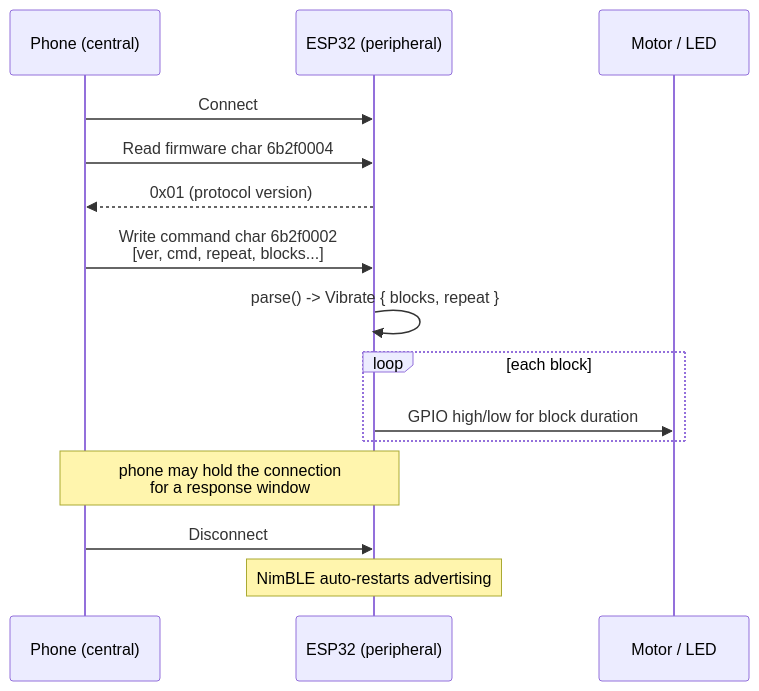
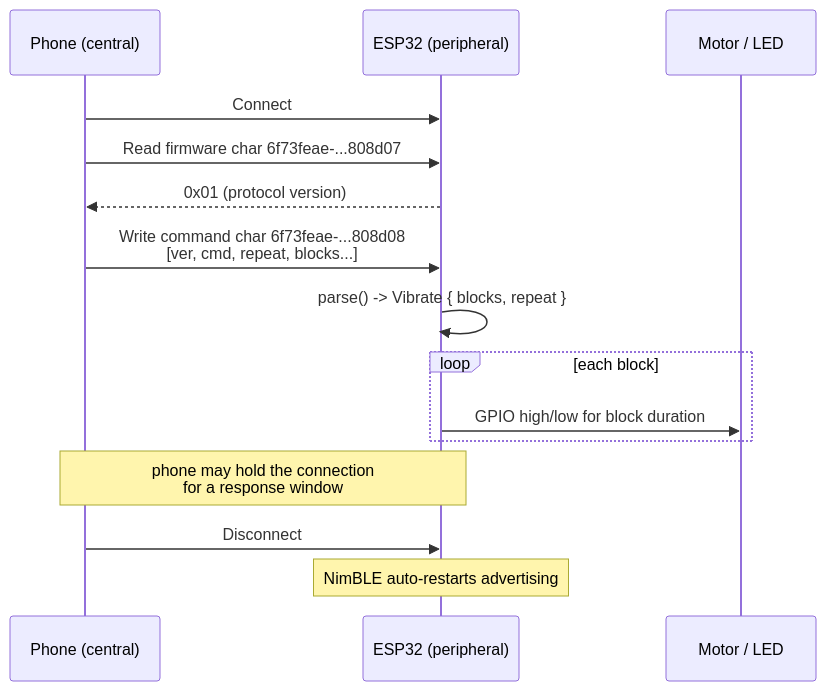
Before and after one commit to Rhosys/Kinetic-Jewelry: the third of 3 diagrams in firmware/hardware/wiring.md, drawn with Mermaid. The commit also changed 5 other files, not shown here.

````diff
--- a/firmware/hardware/wiring.md
+++ b/firmware/hardware/wiring.md
@@ -79,17 +79,17 @@
 ```mermaid
 sequenceDiagram
     participant P as Phone (central)
     participant E as ESP32 (peripheral)
     participant M as Motor / LED
     P->>E: Connect
-    P->>E: Read firmware char 6b2f0004
+    P->>E: Read firmware char 6f73feae-...808d07
     E-->>P: 0x01 (protocol version)
-    P->>E: Write command char 6b2f0002<br/>[ver, cmd, repeat, blocks...]
+    P->>E: Write command char 6f73feae-...808d08<br/>[ver, cmd, repeat, blocks...]
     E->>E: parse() -> Vibrate { blocks, repeat }
     loop each block
         E->>M: GPIO high/low for block duration
     end
     Note over P,E: phone may hold the connection<br/>for a response window
     P->>E: Disconnect
     Note over E: NimBLE auto-restarts advertising
 ```
````
